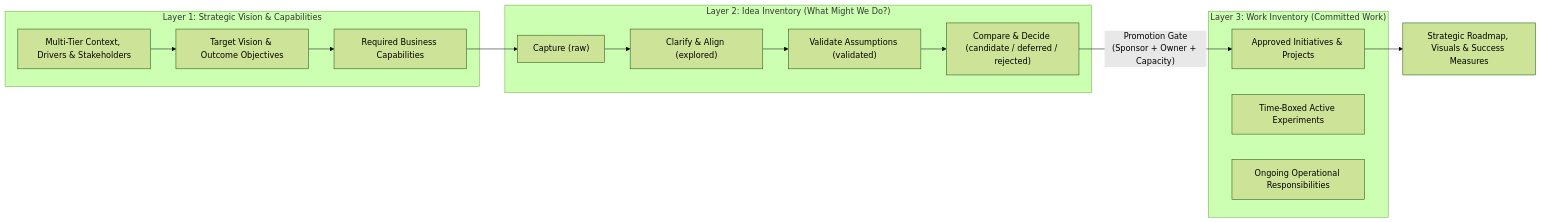
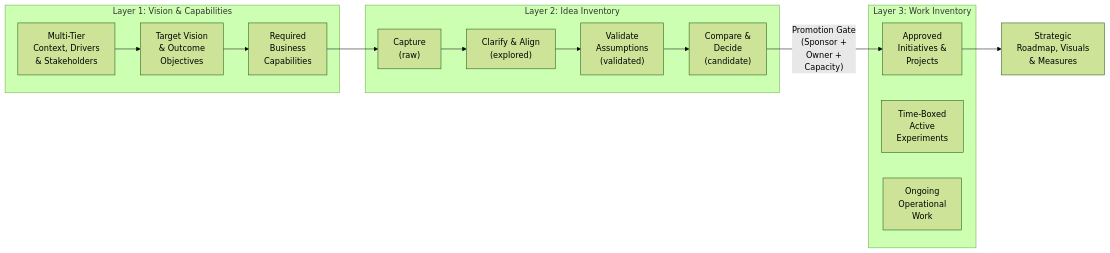
Before and after one commit to bcgov/strategic-planning-workbench: the second of 2 diagrams in architecture.md, drawn with Mermaid (forest theme). The commit also changed other lines of this file and 5 other files, not shown here.

Commit message:
Wrap Mermaid box and edge labels with <br> tags to prevent GitHub clipping

````diff
--- a/architecture.md
+++ b/architecture.md
@@ -49,23 +49,23 @@
 ```mermaid
 flowchart LR
-    subgraph L1["Layer 1: Strategic Vision & Capabilities"]
-        A["Multi-Tier Context, Drivers & Stakeholders"] --> B["Target Vision & Outcome Objectives"]
-        B --> C["Required Business Capabilities"]
+    subgraph L1["Layer 1: Vision & Capabilities"]
+        A["Multi-Tier<br>Context, Drivers<br>& Stakeholders"] --> B["Target Vision<br>& Outcome<br>Objectives"]
+        B --> C["Required<br>Business<br>Capabilities"]
     end
 
-    subgraph L2["Layer 2: Idea Inventory (What Might We Do?)"]
-        D["Capture (raw)"] --> E["Clarify & Align (explored)"]
-        E --> F["Validate Assumptions (validated)"]
-        F --> G["Compare & Decide (candidate / deferred / rejected)"]
+    subgraph L2["Layer 2: Idea Inventory"]
+        D["Capture<br>(raw)"] --> E["Clarify & Align<br>(explored)"]
+        E --> F["Validate<br>Assumptions<br>(validated)"]
+        F --> G["Compare &<br>Decide<br>(candidate)"]
     end
 
-    subgraph L3["Layer 3: Work Inventory (Committed Work)"]
-        H["Approved Initiatives & Projects"]
-        I["Time-Boxed Active Experiments"]
-        J["Ongoing Operational Responsibilities"]
+    subgraph L3["Layer 3: Work Inventory"]
+        H["Approved<br>Initiatives &<br>Projects"]
+        I["Time-Boxed<br>Active<br>Experiments"]
+        J["Ongoing<br>Operational<br>Work"]
     end
 
     C --> D
-    G -->|"Promotion Gate<br/>(Sponsor + Owner + Capacity)"| H
-    H --> K["Strategic Roadmap, Visuals & Success Measures"]
+    G -->|"Promotion Gate<br>(Sponsor +<br>Owner +<br>Capacity)"| H
+    H --> K["Strategic<br>Roadmap, Visuals<br>& Measures"]
 ```
````
